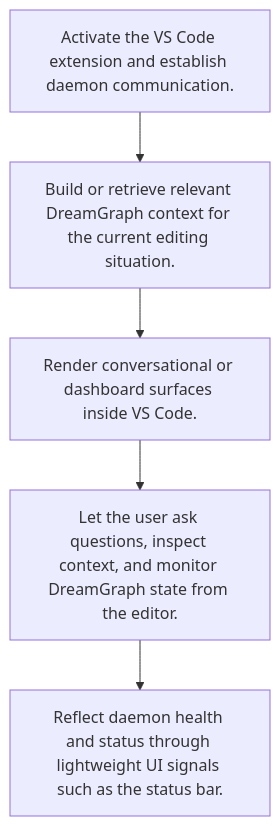
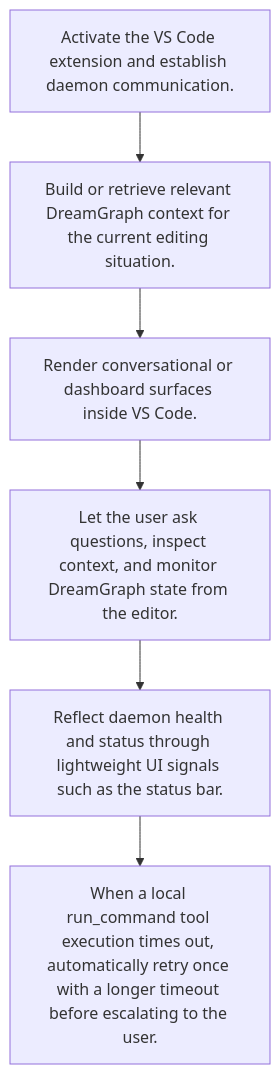
Before and after one commit to mmethodz/dreamgraph: the diagram in docs/workflows/workflow-vscode-assisted-reasoning.md, drawn with Mermaid. The commit also changed other lines of this file and 267 other files, not shown here.

````diff
--- a/docs/workflows/workflow-vscode-assisted-reasoning.md
+++ b/docs/workflows/workflow-vscode-assisted-reasoning.md
@@ -12,12 +7,14 @@
 ```mermaid
 flowchart TD
     S1["Activate the VS Code extension and establish daemon communication."]
     S2["Build or retrieve relevant DreamGraph context for the current editing situation."]
     S1 --> S2
     S3["Render conversational or dashboard surfaces inside VS Code."]
     S2 --> S3
     S4["Let the user ask questions, inspect context, and monitor DreamGraph state from the editor."]
     S3 --> S4
     S5["Reflect daemon health and status through lightweight UI signals such as the status bar."]
     S4 --> S5
+    S6["When a local run_command tool execution times out, automatically retry once with a longer timeout before escalating to the user."]
+    S5 --> S6
 ```
````
